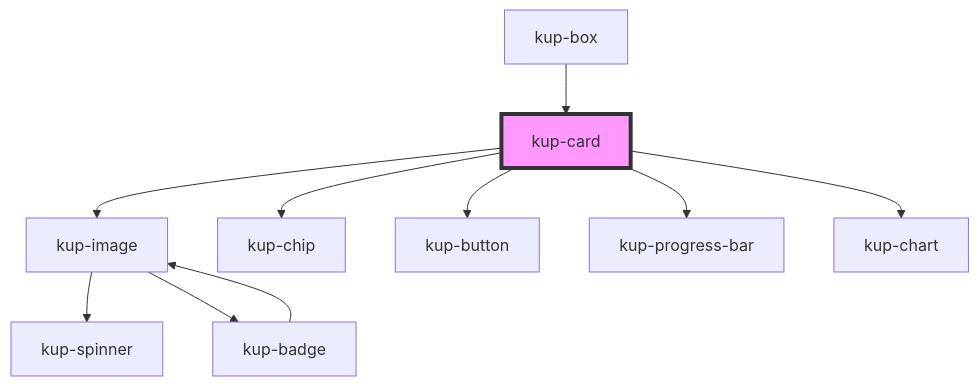
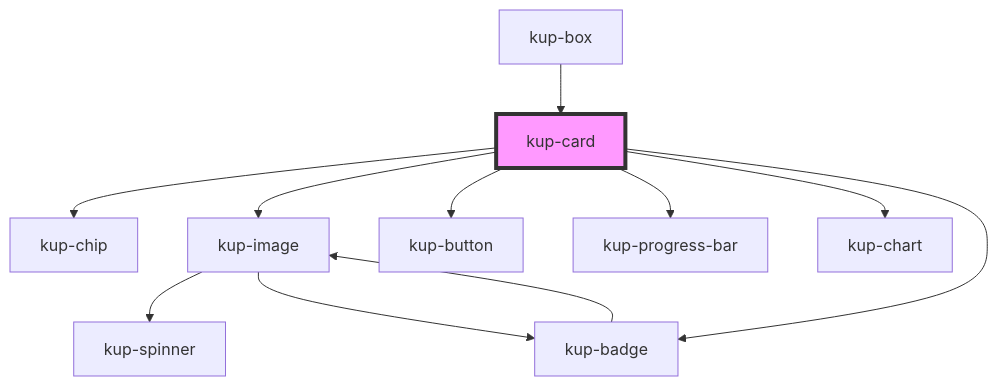
The diagram in packages/ketchup/src/components/kup-card/readme.md (smeup/ketchup), drawn with Mermaid before and after one commit. The commit also changed other lines of this file and 17 other files, not shown here.

````diff
--- a/packages/ketchup/src/components/kup-card/readme.md
+++ b/packages/ketchup/src/components/kup-card/readme.md
@@ -56,13 +57,14 @@
 ```mermaid
 graph TD;
+  kup-card --> kup-chip
   kup-card --> kup-image
-  kup-card --> kup-chip
   kup-card --> kup-button
   kup-card --> kup-progress-bar
   kup-card --> kup-chart
+  kup-card --> kup-badge
   kup-image --> kup-spinner
   kup-image --> kup-badge
   kup-badge --> kup-image
   kup-box --> kup-card
   style kup-card fill:#f9f,stroke:#333,stroke-width:4px
 ```
````
